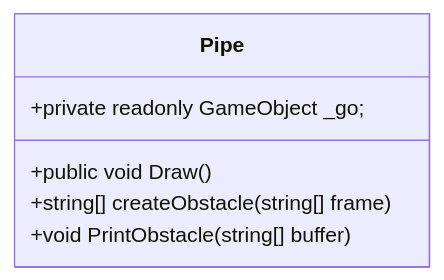
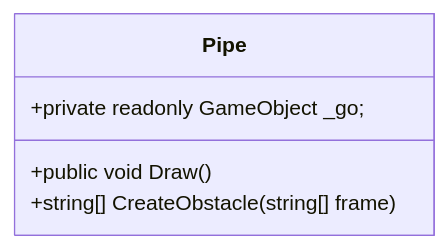
The seventh of 7 diagrams in dokumentasjon/diagram/klasse-diagram.md (NexusWeave/MVP-FlappyBird-cs), drawn with Mermaid before and after one commit. The commit also changed other lines of this file, not shown here.

Commit message:
Refactor method names in Ground and Pipe classes for consistency

````diff
--- a/dokumentasjon/diagram/klasse-diagram.md
+++ b/dokumentasjon/diagram/klasse-diagram.md
@@ -102,12 +102,11 @@
 ```mermaid
     classDiagram
         direction TD
 
         class Pipe {
             +private readonly GameObject _go;
 
             +public void Draw()
-            +string[] createObstacle(string[] frame)
-            +void PrintObstacle(string[] buffer)
+            +string[] CreateObstacle(string[] frame)
         }
 ```
````
